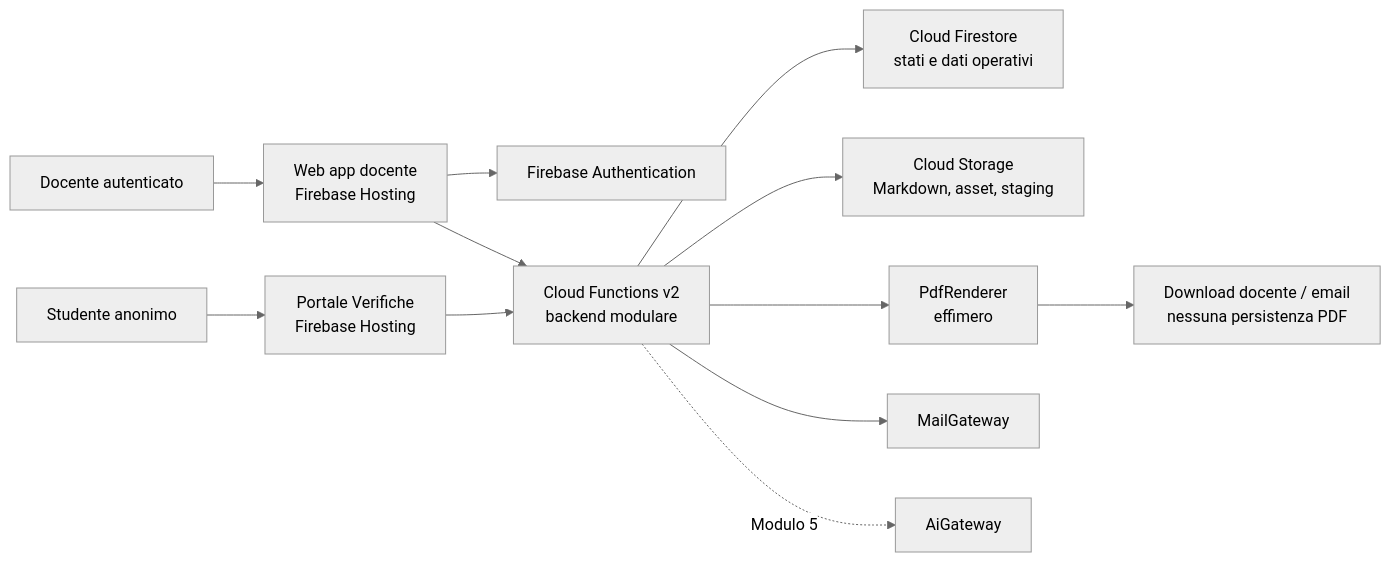
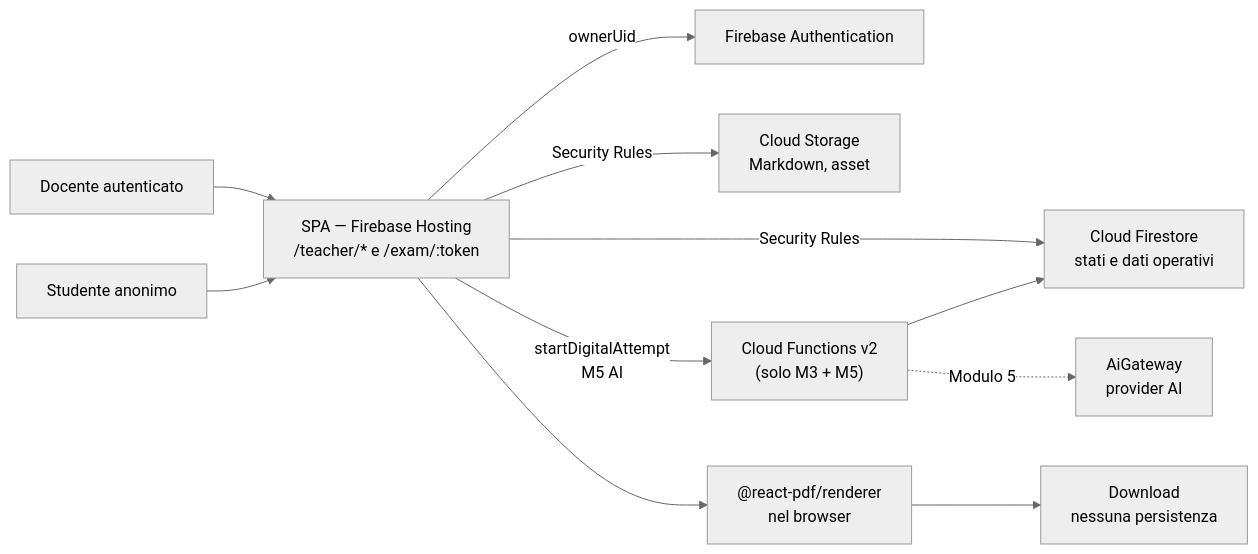
Before and after one commit to EnricoPaparo/SchoolForge: the first of 3 diagrams in documentazione/architettura.md, drawn with Mermaid (neutral theme). The commit also changed other lines of this file and 14 other files, not shown here.

````diff
--- a/documentazione/architettura.md
+++ b/documentazione/architettura.md
@@ -108,17 +130,16 @@
 ```mermaid
 flowchart LR
-    D["Docente autenticato"] --> W["Web app docente\nFirebase Hosting"]
-    S["Studente anonimo"] --> P["Portale Verifiche\nFirebase Hosting"]
+    D["Docente autenticato"] --> SPA["SPA — Firebase Hosting\n/teacher/* e /exam/:token"]
+    S["Studente anonimo"] --> SPA
 
-    W --> A["Firebase Authentication"]
-    W --> B["Cloud Functions v2\nbackend modulare"]
-    P --> B
+    SPA -->|"ownerUid"| A["Firebase Authentication"]
+    SPA -->|"Security Rules"| F["Cloud Firestore\nstati e dati operativi"]
+    SPA -->|"Security Rules"| CS["Cloud Storage\nMarkdown, asset"]
+    SPA -->|"startDigitalAttempt\nM5 AI"| CF["Cloud Functions v2\n(solo M3 + M5)"]
 
-    B --> F["Cloud Firestore\nstati e dati operativi"]
-    B --> CS["Cloud Storage\nMarkdown, asset, staging"]
-    B --> PDF["PdfRenderer\neffimero"]
-    B --> M["MailGateway"]
-    B -. "Modulo 5" .-> AI["AiGateway"]
+    CF --> F
+    CF -. "Modulo 5" .-> AI["AiGateway\nprovider AI"]
 
-    PDF --> OUT["Download docente / email\nnessuna persistenza PDF"]
+    SPA --> PDF["@react-pdf/renderer\nnel browser"]
+    PDF --> DL["Download\nnessuna persistenza"]
 ```
````
